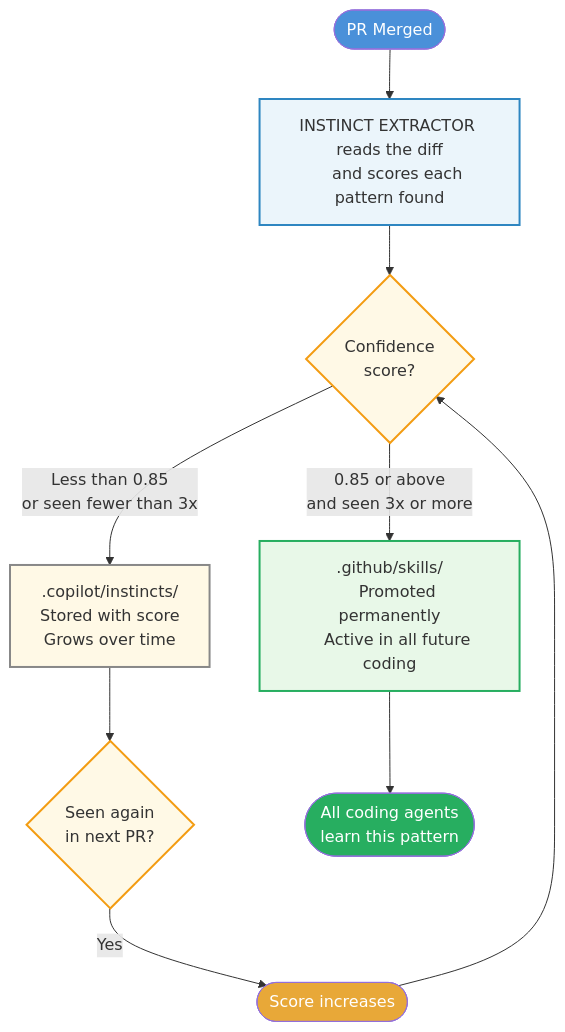
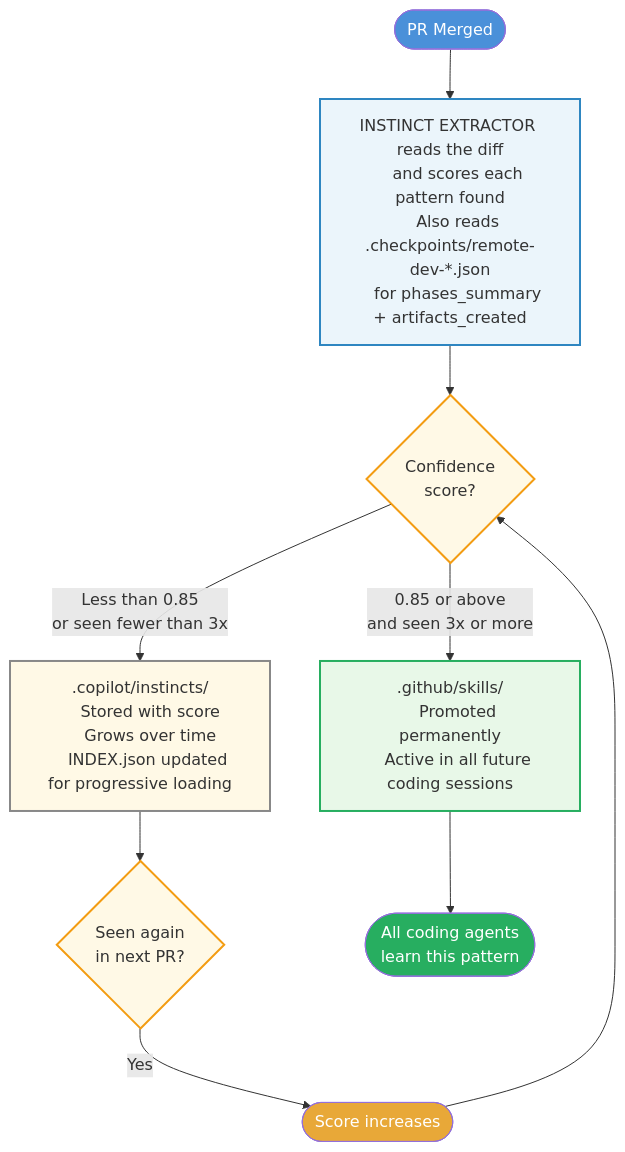
Before and after one commit to faizal13/sdlc-copilot-template: the seventh of 7 diagrams in docs/agentic-sdlc-flowchart.md, drawn with Mermaid. The commit also changed other lines of this file and 1 other file, not shown here.

````diff
--- a/docs/agentic-sdlc-flowchart.md
+++ b/docs/agentic-sdlc-flowchart.md
@@ -297,32 +462,35 @@
 ```mermaid
 flowchart TD
     A([PR Merged]) --> B
 
     B["INSTINCT EXTRACTOR reads the diff
-    and scores each pattern found"]
+    and scores each pattern found
+    Also reads .checkpoints/remote-dev-*.json
+    for phases_summary + artifacts_created"]
 
     B --> C{Confidence\nscore?}
 
     C -->|Less than 0.85\nor seen fewer than 3x| D[".copilot/instincts/
     Stored with score
-    Grows over time"]
+    Grows over time
+    INDEX.json updated for progressive loading"]
 
     C -->|0.85 or above\nand seen 3x or more| E[".github/skills/
     Promoted permanently
-    Active in all future coding"]
+    Active in all future coding sessions"]
 
     D --> F{Seen again\nin next PR?}
     F -->|Yes| G([Score increases])
     G --> C
 
     E --> H([All coding agents\nlearn this pattern])
 
     style A fill:#4A90D9,color:#fff
     style B fill:#EBF5FB,stroke:#2E86C1,stroke-width:2px
     style C fill:#FFF9E6,stroke:#F39C12,stroke-width:2px
     style D fill:#FFF9E6,stroke:#888,stroke-width:2px
     style E fill:#E8F8E8,stroke:#27AE60,stroke-width:2px
     style F fill:#FFF9E6,stroke:#F39C12,stroke-width:2px
     style G fill:#E8A838,color:#fff
     style H fill:#27AE60,color:#fff
 ```
````
